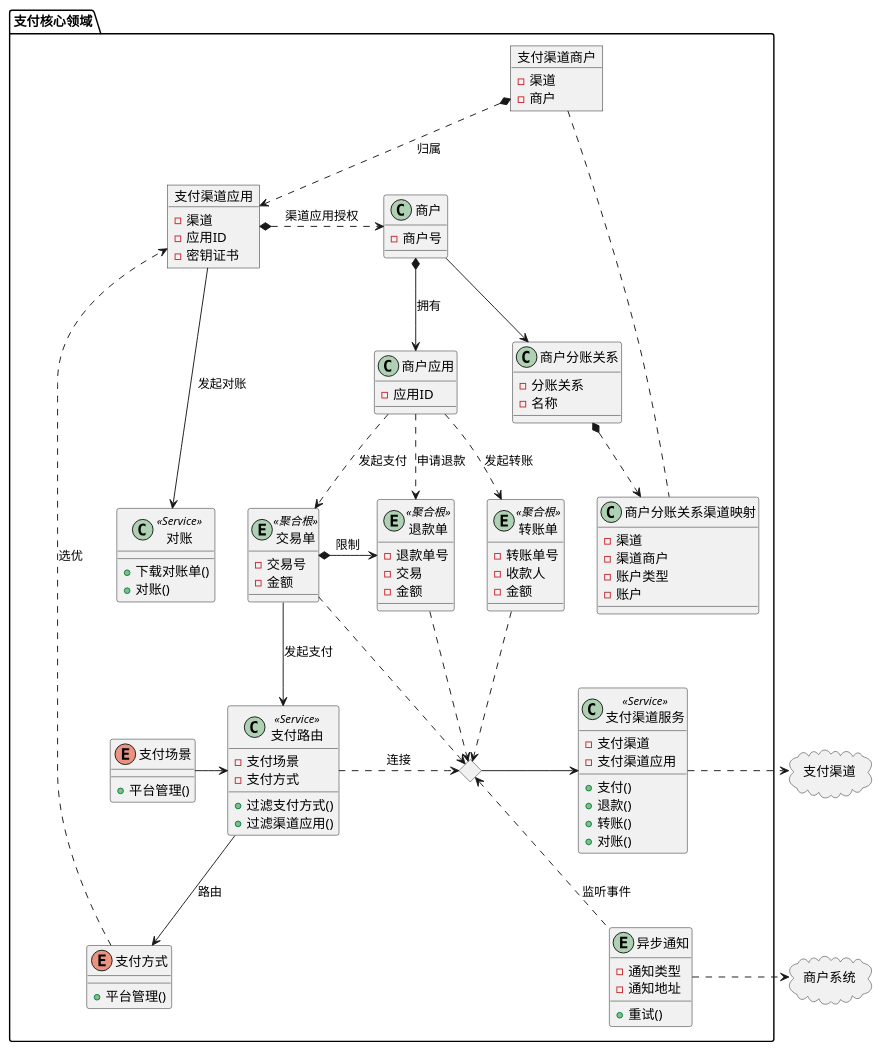
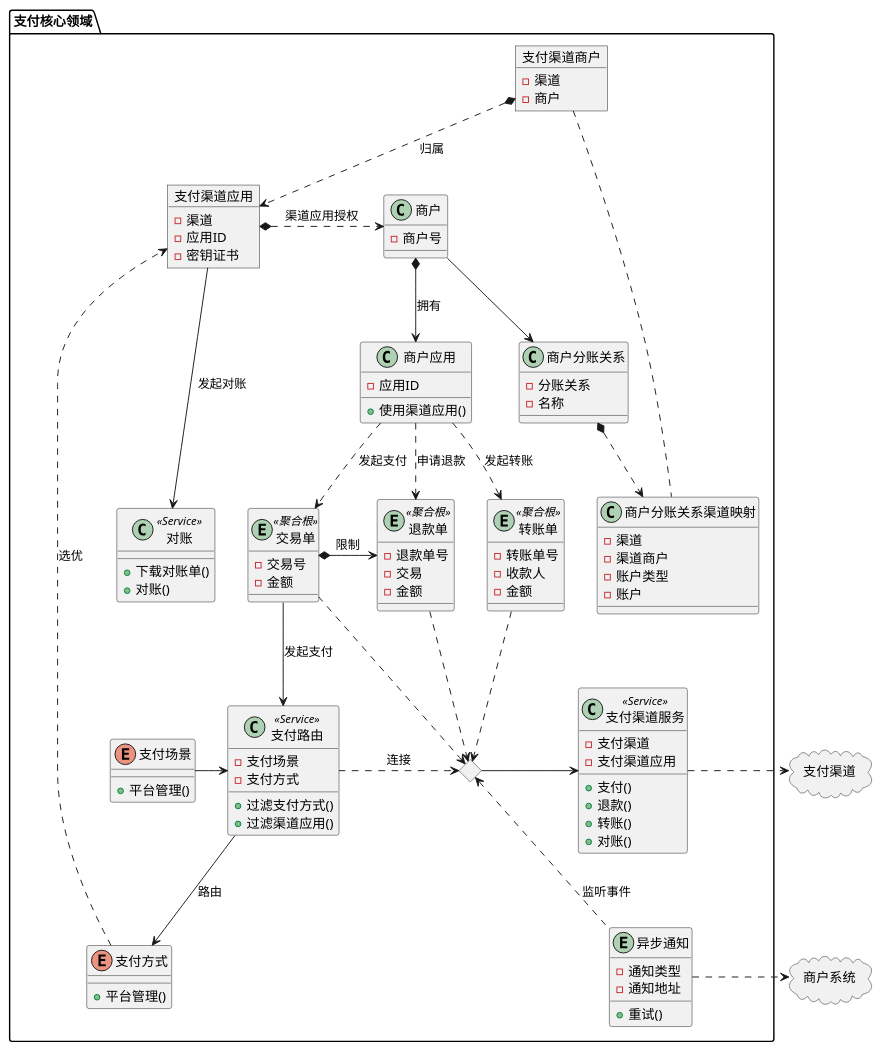
Before and after one commit to red-jasmine/docs: the second of 2 diagrams in docs/payments/index.md, drawn with PlantUML.

Commit message:
feat(payment): 新增支付渠道商户并重构渠道应用
- 新增支付渠道商户模型、迁移、服务和控制器
- 重构支付渠道应用模型和迁移，移除冗余字段
- 更新文档，移除不必要的示例代码

```diff
--- a/docs/payments/index.md
+++ b/docs/payments/index.md
@@ -98,6 +98,7 @@
 }
 class 商户应用{
 - 应用ID
++ 使用渠道应用()
 }
 class 商户分账关系{
 - 分账关系
```
